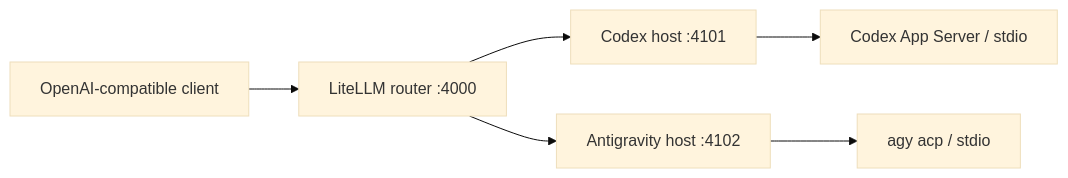
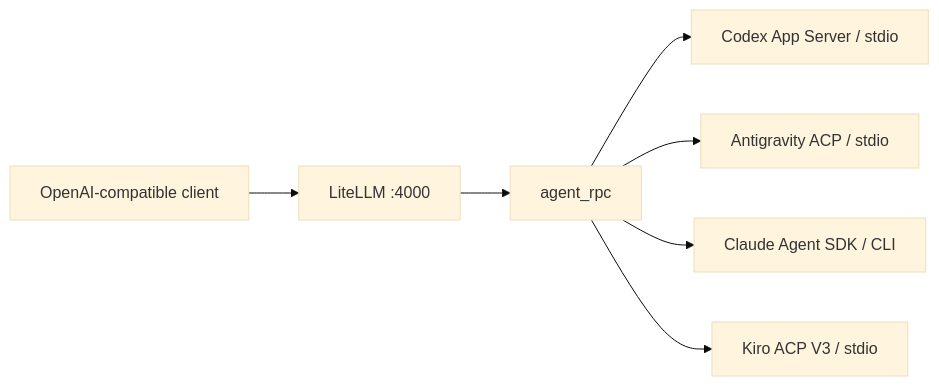
One commit to OrgGem/litellm-acp-router changed the diagram in README.md. Above: the diagram before and after it, drawn with Mermaid (base theme). The commit also changed other lines of this file and 130 other files, not shown here.

Commit message:
Add unified litellm_agent_rpc package, v2 capabilities, answer-only contract, TUI, and deployment stacks

````diff
--- a/README.md
+++ b/README.md
@@ -12,8 +7,9 @@
 ```mermaid
 flowchart LR
-    Client[OpenAI-compatible client] --> Router[LiteLLM router :4000]
-    Router --> Codex[Codex host :4101]
-    Router --> Agy[Antigravity host :4102]
-    Codex --> RPC[Codex App Server / stdio]
-    Agy --> ACP[agy acp / stdio]
+    Client[OpenAI-compatible client] --> Proxy[LiteLLM :4000]
+    Proxy --> Plugin[agent_rpc]
+    Plugin --> Codex[Codex App Server / stdio]
+    Plugin --> Agy[Antigravity ACP / stdio]
+    Plugin --> Claude[Claude Agent SDK / CLI]
+    Plugin --> Kiro[Kiro ACP V3 / stdio]
 ```
````
